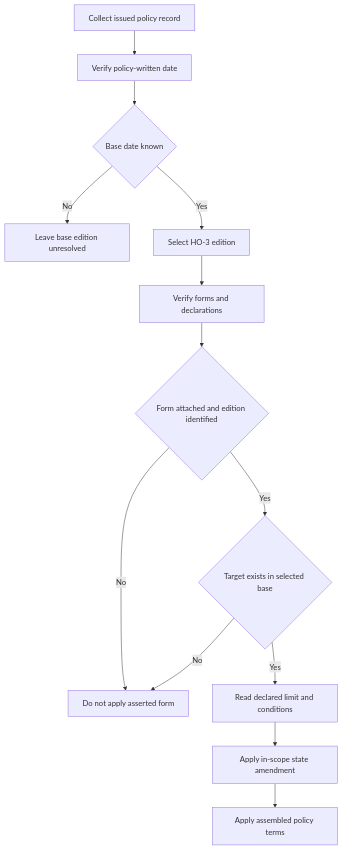
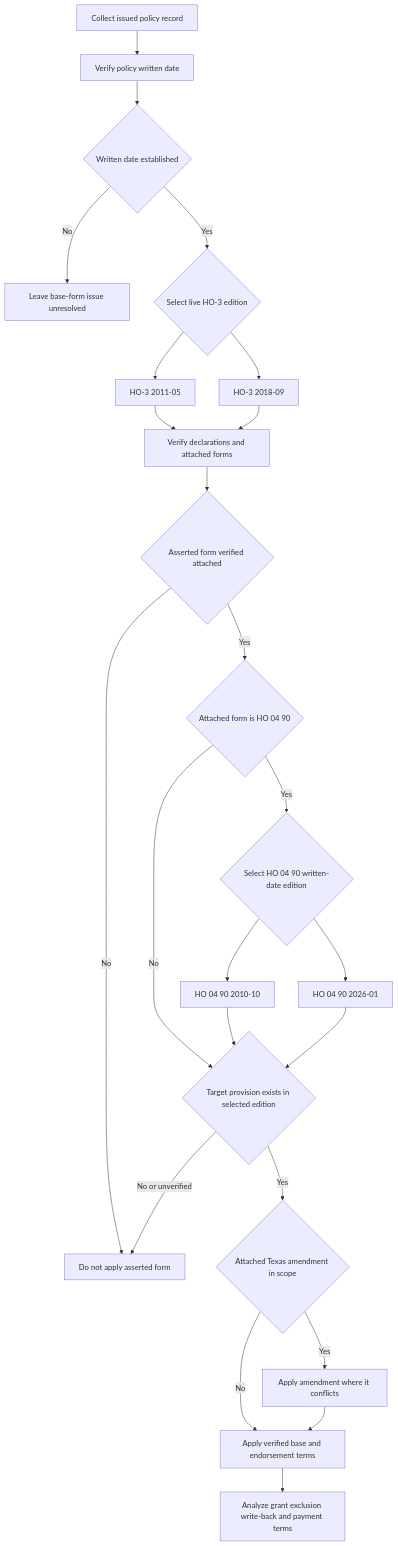
Before and after one commit to eugeneliu-86/openwiki-insurance-corpus: the diagram in openwiki/coverage/policy-editions-and-governing-forms.md, drawn with Mermaid. The commit also changed other lines of this file and 53 other files, not shown here.

````diff
--- a/openwiki/coverage/policy-editions-and-governing-forms.md
+++ b/openwiki/coverage/policy-editions-and-governing-forms.md
@@ -59,15 +77,26 @@
 ```mermaid
 flowchart TD
-    Record["Collect issued policy record"] --> BaseDate["Verify policy-written date"]
-    BaseDate --> BaseKnown{"Base date known"}
-    BaseKnown -- "No" --> Hold["Leave base edition unresolved"]
-    BaseKnown -- "Yes" --> Base["Select HO-3 edition"]
-    Base --> Attach["Verify forms and declarations"]
-    Attach --> Attached{"Form attached and edition identified"}
-    Attached -- "No" --> Skip["Do not apply asserted form"]
-    Attached -- "Yes" --> Target{"Target exists in selected base"}
-    Target -- "No" --> Skip
-    Target -- "Yes" --> Limit["Read declared limit and conditions"]
-    Limit --> State["Apply in-scope state amendment"]
-    State --> Terms["Apply assembled policy terms"]
+    Record["Collect issued policy record"] --> Written["Verify policy written date"]
+    Written --> Known{"Written date established"}
+    Known -- "No" --> Hold["Leave base-form issue unresolved"]
+    Known -- "Yes" --> Edition{"Select live HO-3 edition"}
+    Edition --> Old["HO-3 2011-05"]
+    Edition --> New["HO-3 2018-09"]
+    Old --> Attach["Verify declarations and attached forms"]
+    New --> Attach
+    Attach --> Attached{"Asserted form verified attached"}
+    Attached -- "No" --> Exclude["Do not apply asserted form"]
+    Attached -- "Yes" --> Water{"Attached form is HO 04 90"}
+    Water -- "Yes" --> WaterEdition{"Select HO 04 90 written-date edition"}
+    WaterEdition --> Water2010["HO 04 90 2010-10"]
+    WaterEdition --> Water2026["HO 04 90 2026-01"]
+    Water -- "No" --> Match{"Target provision exists in selected edition"}
+    Water2010 --> Match
+    Water2026 --> Match
+    Match -- "No or unverified" --> Exclude
+    Match -- "Yes" --> Texas{"Attached Texas amendment in scope"}
+    Texas -- "No" --> Terms["Apply verified base and endorsement terms"]
+    Texas -- "Yes" --> Conflict["Apply amendment where it conflicts"]
+    Conflict --> Terms
+    Terms --> Analysis["Analyze grant exclusion write-back and payment terms"]
 ```
````
